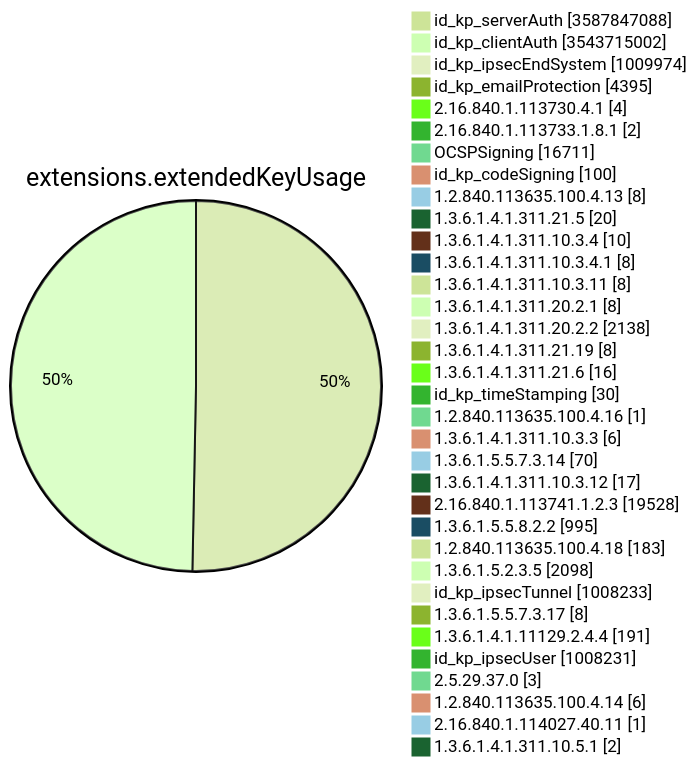
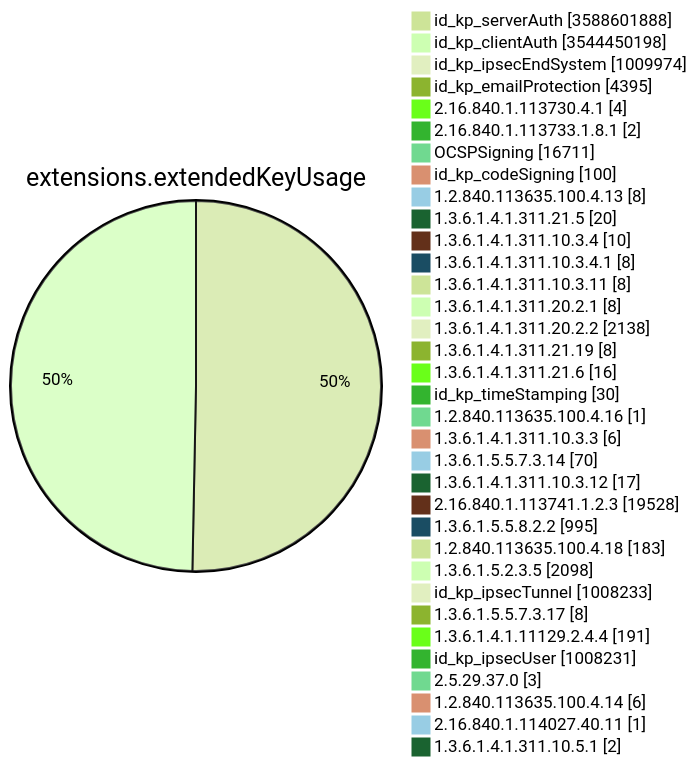
Diagram 11 of 15 in TOTAL/README.md (christiankrug/ctmonitor_visualization), drawn with Mermaid (forest theme) before and after one commit. The commit also changed other lines of this file, not shown here.

````diff
--- a/TOTAL/README.md
+++ b/TOTAL/README.md
@@ -4128,38 +4128,38 @@
 ```mermaid
 pie showData
 title extensions.extendedKeyUsage
-"id_kp_serverAuth" :3587847088
-"id_kp_clientAuth" :3543715002
+"id_kp_serverAuth" :3588601888
+"id_kp_clientAuth" :3544450198
 "id_kp_ipsecEndSystem" :1009974
 "id_kp_emailProtection" :4395
 "2.16.840.1.113730.4.1" :4
 "2.16.840.1.113733.1.8.1" :2
 "OCSPSigning" :16711
 "id_kp_codeSigning" :100
 "1.2.840.113635.100.4.13" :8
 "1.3.6.1.4.1.311.21.5" :20
 "1.3.6.1.4.1.311.10.3.4" :10
 "1.3.6.1.4.1.311.10.3.4.1" :8
 "1.3.6.1.4.1.311.10.3.11" :8
 "1.3.6.1.4.1.311.20.2.1" :8
 "1.3.6.1.4.1.311.20.2.2" :2138
 "1.3.6.1.4.1.311.21.19" :8
 "1.3.6.1.4.1.311.21.6" :16
 "id_kp_timeStamping" :30
 "1.2.840.113635.100.4.16" :1
 "1.3.6.1.4.1.311.10.3.3" :6
 "1.3.6.1.5.5.7.3.14" :70
 "1.3.6.1.4.1.311.10.3.12" :17
 "2.16.840.1.113741.1.2.3" :19528
 "1.3.6.1.5.5.8.2.2" :995
 "1.2.840.113635.100.4.18" :183
 "1.3.6.1.5.2.3.5" :2098
 "id_kp_ipsecTunnel" :1008233
 "1.3.6.1.5.5.7.3.17" :8
 "1.3.6.1.4.1.11129.2.4.4" :191
 "id_kp_ipsecUser" :1008231
 "2.5.29.37.0" :3
 "1.2.840.113635.100.4.14" :6
 "2.16.840.1.114027.40.11" :1
 "1.3.6.1.4.1.311.10.5.1" :2
 ```
````
